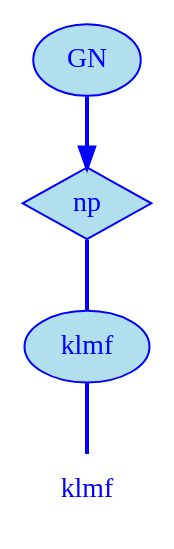
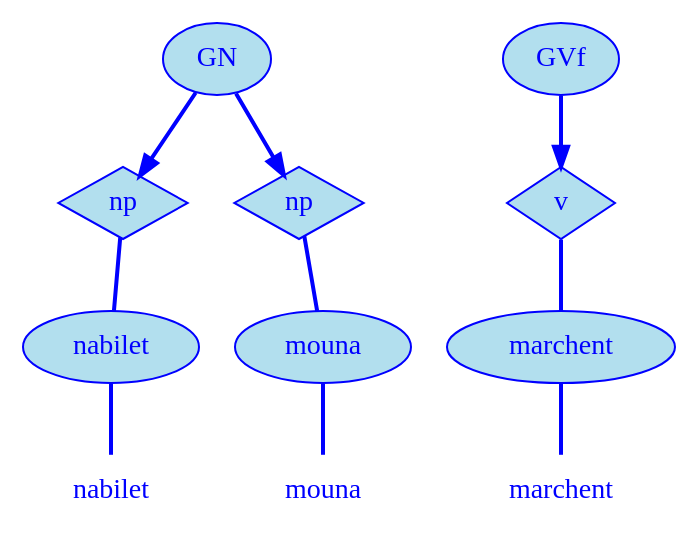
The diagram in version-1.0.0/js/mc1s1.dot (oualid13/MacaWeb), drawn with Graphviz before and after one commit. The commit also changed 10 other files, not shown here.

```diff
--- a/version-1.0.0/js/mc1s1.dot
+++ b/version-1.0.0/js/mc1s1.dot
@@ -1,11 +1,24 @@
 digraph g {
 	node [label="\N"];
-	graph [bb="0,0,62,252"];
-	"mc1s1_t1#token84" [label=klmf, shape=plaintext, fillcolor=lightblue2, fontcolor=blue, pos="31,18", width="0.75", height="0.50"];
-	"mc1s1_W1#wordmc1s1_t1#token" [label=klmf, shape=ellipse, fillcolor=lightblue2, fontcolor=blue, color=blue, style=filled, pos="31,90", width="0.86", height="0.50"];
-	"mc1s1_P13#pos" [label=np, shape=diamond, fillcolor=lightblue2, fontcolor=blue, color=blue, style=filled, pos="31,162", width="0.75", height="0.50"];
-	"mc1s1_chk0#chunk" [label=GN, fillcolor=lightblue2, fontcolor=blue, color=blue, style=filled, arrowhead=doubleoctagon, pos="31,234", width="0.75", height="0.50"];
-	"mc1s1_W1#wordmc1s1_t1#token" -> "mc1s1_t1#token84" [arrowhead=none, color=blue, fontcolor=blue, style=bold, minlen=1, pos="31,72 31,61 31,47 31,36"];
-	"mc1s1_P13#pos" -> "mc1s1_W1#wordmc1s1_t1#token" [arrowhead=none, color=blue, fontcolor=blue, style=bold, minlen=1, pos="31,144 31,133 31,119 31,108"];
-	"mc1s1_chk0#chunk" -> "mc1s1_P13#pos" [color=blue, fontcolor=blue, style=bold, minlen=1, shape=normal, pos="e,31,180 31,216 31,208 31,199 31,190"];
+	graph [bb="0,0,326,252"];
+	"mc1s1_t1#token84" [label=nabilet, shape=plaintext, fillcolor=lightblue2, fontcolor=blue, pos="44,18", width="0.86", height="0.50"];
+	"mc1s1_W1#wordmc1s1_t1#token" [label=nabilet, shape=ellipse, fillcolor=lightblue2, fontcolor=blue, color=blue, style=filled, pos="44,90", width="1.22", height="0.50"];
+	"mc1s1_P13#pos" [label=np, shape=diamond, fillcolor=lightblue2, fontcolor=blue, color=blue, style=filled, pos="52,162", width="0.75", height="0.50"];
+	"mc1s1_t3#token87" [label=mouna, shape=plaintext, fillcolor=lightblue2, fontcolor=blue, pos="150,18", width="0.86", height="0.50"];
+	"mc1s1_W2#wordmc1s1_t3#token" [label=mouna, shape=ellipse, fillcolor=lightblue2, fontcolor=blue, color=blue, style=filled, pos="150,90", width="1.22", height="0.50"];
+	"mc1s1_P38#pos" [label=np, shape=diamond, fillcolor=lightblue2, fontcolor=blue, color=blue, style=filled, pos="133,162", width="0.75", height="0.50"];
+	"mc1s1_chk0#chunk" [label=GN, fillcolor=lightblue2, fontcolor=blue, color=blue, style=filled, arrowhead=doubleoctagon, pos="105,234", width="0.75", height="0.50"];
+	"mc1s1_t5#token78" [label=marchent, shape=plaintext, fillcolor=lightblue2, fontcolor=blue, pos="269,18", width="1.14", height="0.50"];
+	"mc1s1_W3#wordmc1s1_t5#token" [label=marchent, shape=ellipse, fillcolor=lightblue2, fontcolor=blue, color=blue, style=filled, pos="269,90", width="1.58", height="0.50"];
+	"mc1s1_P51L2#pos" [label=v, shape=diamond, fillcolor=lightblue2, fontcolor=blue, color=blue, style=filled, pos="269,162", width="0.75", height="0.50"];
+	"mc1s1_chk4#chunk" [label=GVf, fillcolor=lightblue2, fontcolor=blue, color=blue, style=filled, arrowhead=doubleoctagon, pos="269,234", width="0.81", height="0.50"];
+	"mc1s1_W1#wordmc1s1_t1#token" -> "mc1s1_t1#token84" [arrowhead=none, color=blue, fontcolor=blue, style=bold, minlen=1, pos="44,72 44,61 44,47 44,36"];
+	"mc1s1_P13#pos" -> "mc1s1_W1#wordmc1s1_t1#token" [arrowhead=none, color=blue, fontcolor=blue, style=bold, minlen=1, pos="50,145 49,134 47,119 46,108"];
+	"mc1s1_W2#wordmc1s1_t3#token" -> "mc1s1_t3#token87" [arrowhead=none, color=blue, fontcolor=blue, style=bold, minlen=1, pos="150,72 150,61 150,47 150,36"];
+	"mc1s1_P38#pos" -> "mc1s1_W2#wordmc1s1_t3#token" [arrowhead=none, color=blue, fontcolor=blue, style=bold, minlen=1, pos="137,146 140,135 143,120 146,108"];
+	"mc1s1_chk0#chunk" -> "mc1s1_P13#pos" [color=blue, fontcolor=blue, style=bold, minlen=1, shape=normal, pos="e,61,174 93,218 85,207 75,193 67,182"];
+	"mc1s1_chk0#chunk" -> "mc1s1_P38#pos" [color=blue, fontcolor=blue, style=bold, minlen=1, shape=normal, pos="e,127,176 112,217 116,207 120,196 124,186"];
+	"mc1s1_W3#wordmc1s1_t5#token" -> "mc1s1_t5#token78" [arrowhead=none, color=blue, fontcolor=blue, style=bold, minlen=1, pos="269,72 269,61 269,47 269,36"];
+	"mc1s1_P51L2#pos" -> "mc1s1_W3#wordmc1s1_t5#token" [arrowhead=none, color=blue, fontcolor=blue, style=bold, minlen=1, pos="269,144 269,133 269,119 269,108"];
+	"mc1s1_chk4#chunk" -> "mc1s1_P51L2#pos" [color=blue, fontcolor=blue, style=bold, minlen=1, shape=normal, pos="e,269,180 269,216 269,208 269,199 269,190"];
 }
```
